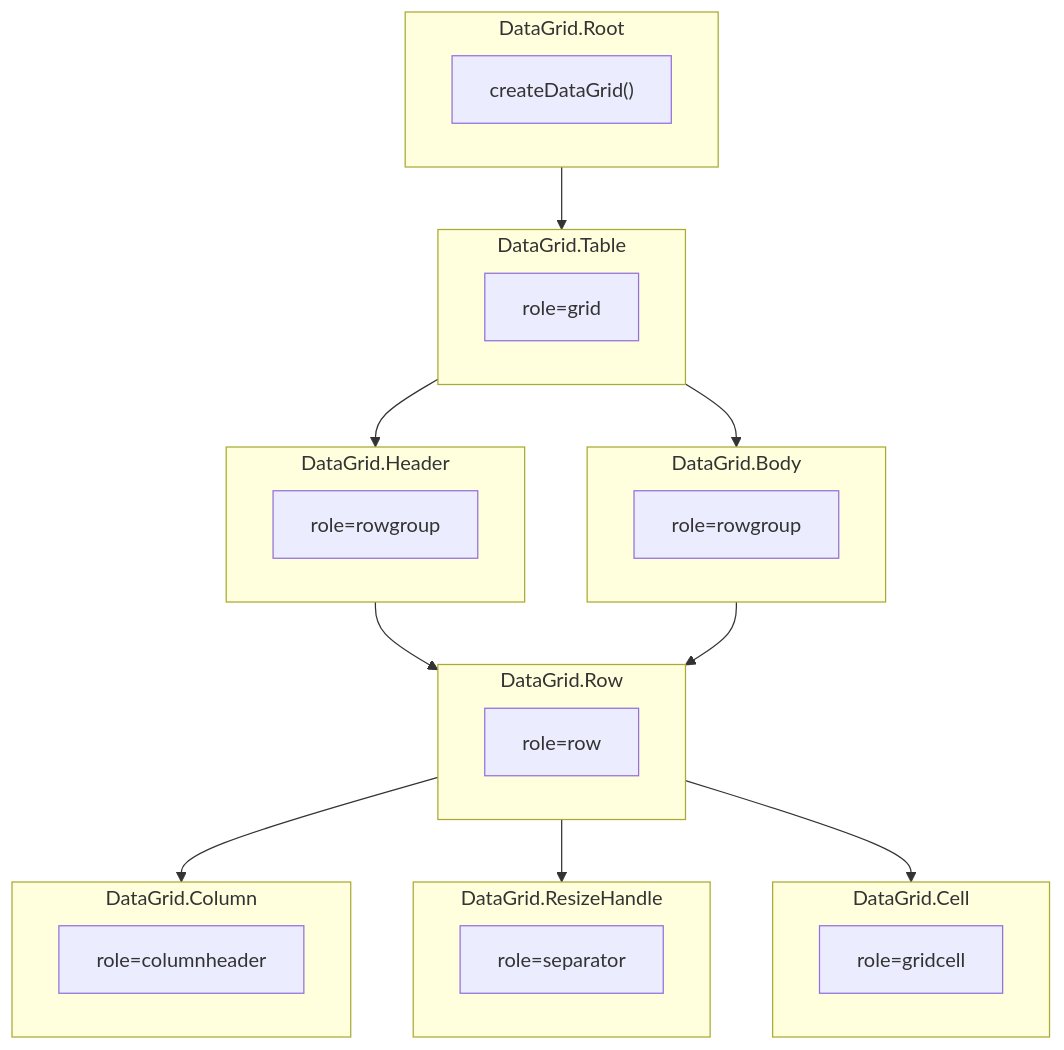
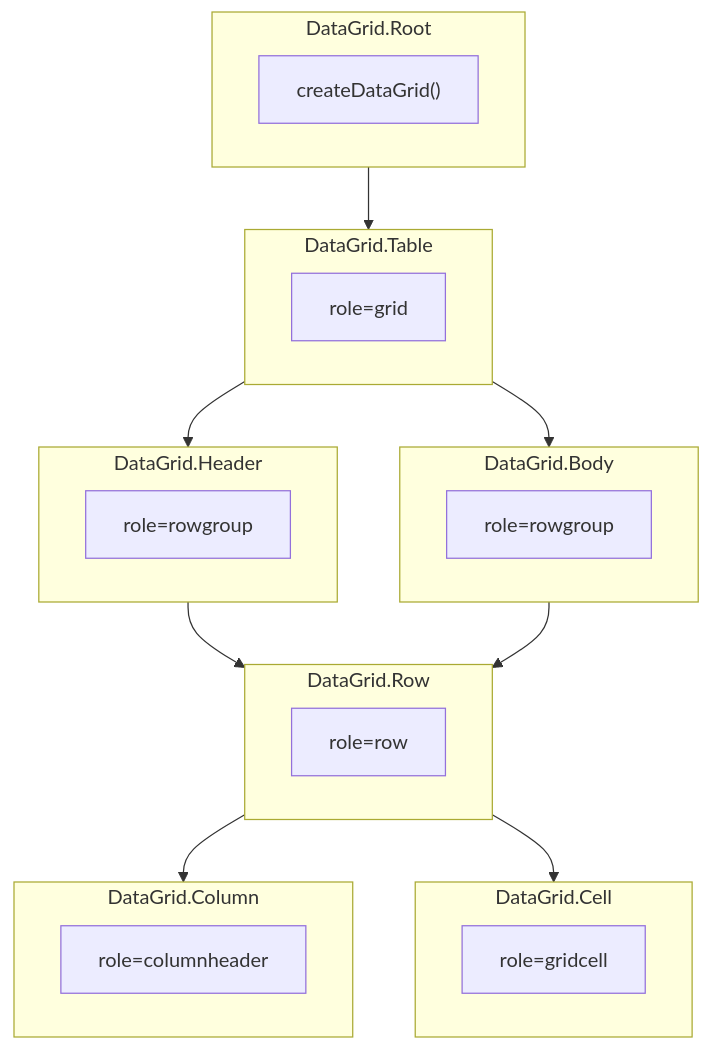
The diagram in apps/docs/src/pages/components/data/data-grid.md (vuetifyjs/0), drawn with Mermaid before and after one commit. The commit also changed other lines of this file and 6 other files, not shown here.

First line of the commit message:
refactor(DataGrid): compose Splitter primitives for column resize

````diff
--- a/apps/docs/src/pages/components/data/data-grid.md
+++ b/apps/docs/src/pages/components/data/data-grid.md
@@ -89,43 +112,38 @@
 ```mermaid "DataGrid Context"
 flowchart TD
   subgraph Root["DataGrid.Root"]
     Context["createDataGrid()"]
   end
 
   subgraph Table["DataGrid.Table"]
     role["role=grid"]
   end
 
   subgraph Header["DataGrid.Header"]
     HeaderRole["role=rowgroup"]
   end
 
   subgraph Body["DataGrid.Body"]
     BodyRole["role=rowgroup"]
   end
 
   subgraph Row["DataGrid.Row"]
     RowRole["role=row"]
   end
 
   subgraph Column["DataGrid.Column"]
     ColRole["role=columnheader"]
   end
 
-  subgraph ResizeHandle["DataGrid.ResizeHandle"]
-    HandleRole["role=separator"]
-  end
-
   subgraph Cell["DataGrid.Cell"]
     CellRole["role=gridcell"]
   end
 
   Root --> Table
   Table --> Header
   Table --> Body
   Header --> Row
   Body --> Row
   Row --> Column
-  Row --> ResizeHandle
   Row --> Cell
 ```
````
